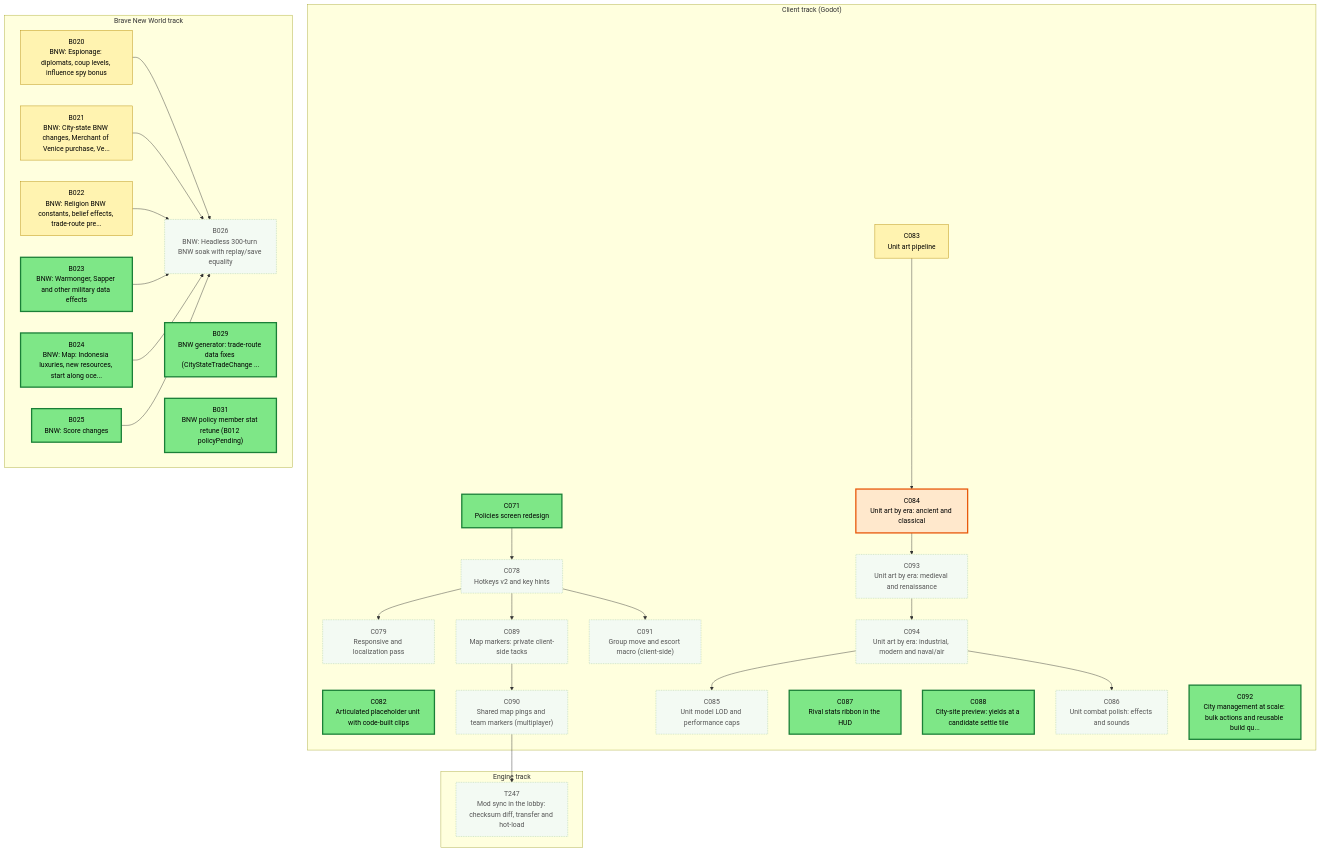
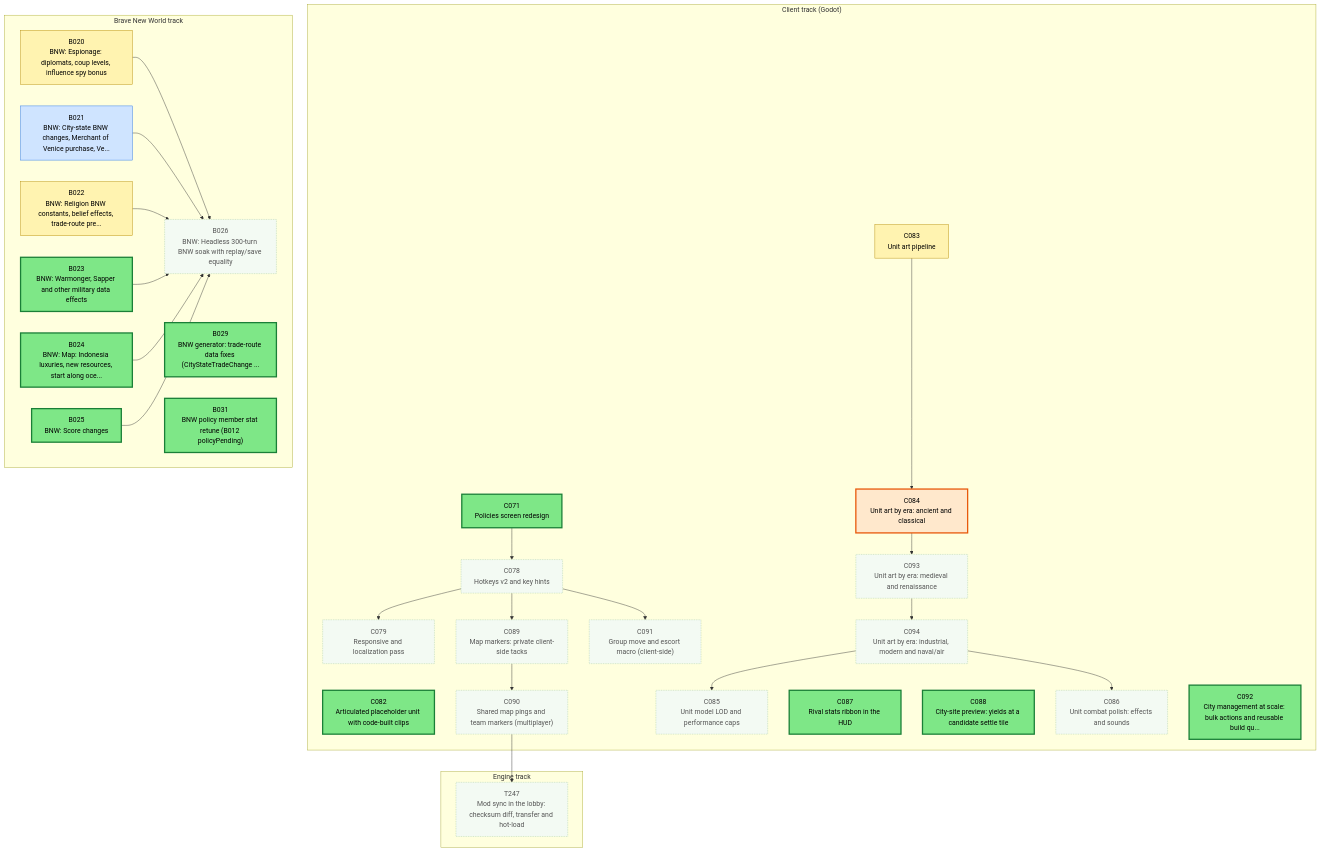
One commit to Kenmura/Unciv changed the first of 3 diagrams in csharp/migration/DEPENDENCY_MAP.md. Above: the diagram before and after it, drawn with Mermaid. The commit also changed other lines of this file and 1 other file, not shown here.

Commit message:
migration: implement B021 [Claude]

```diff
--- a/csharp/migration/DEPENDENCY_MAP.md
+++ b/csharp/migration/DEPENDENCY_MAP.md
@@ -81,7 +81,7 @@
   classDef blocked fill:#ffd6d6,stroke:#c62828,color:#000
   classDef done fill:#eeeeee,stroke:#999999,color:#666,stroke-dasharray:4 3
   class B020 prog
-  class B021 prog
+  class B021 review
   class B022 prog
   class B023 ready
   class B024 ready
```
